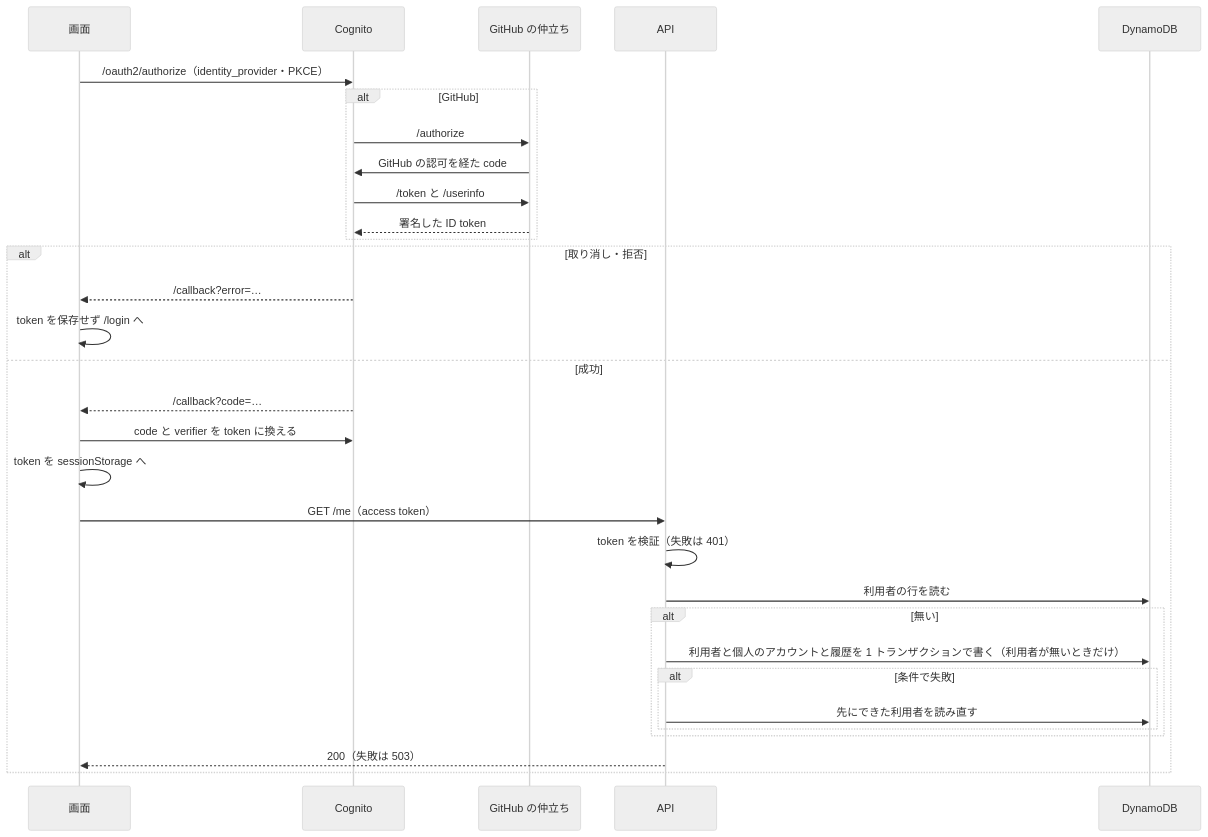
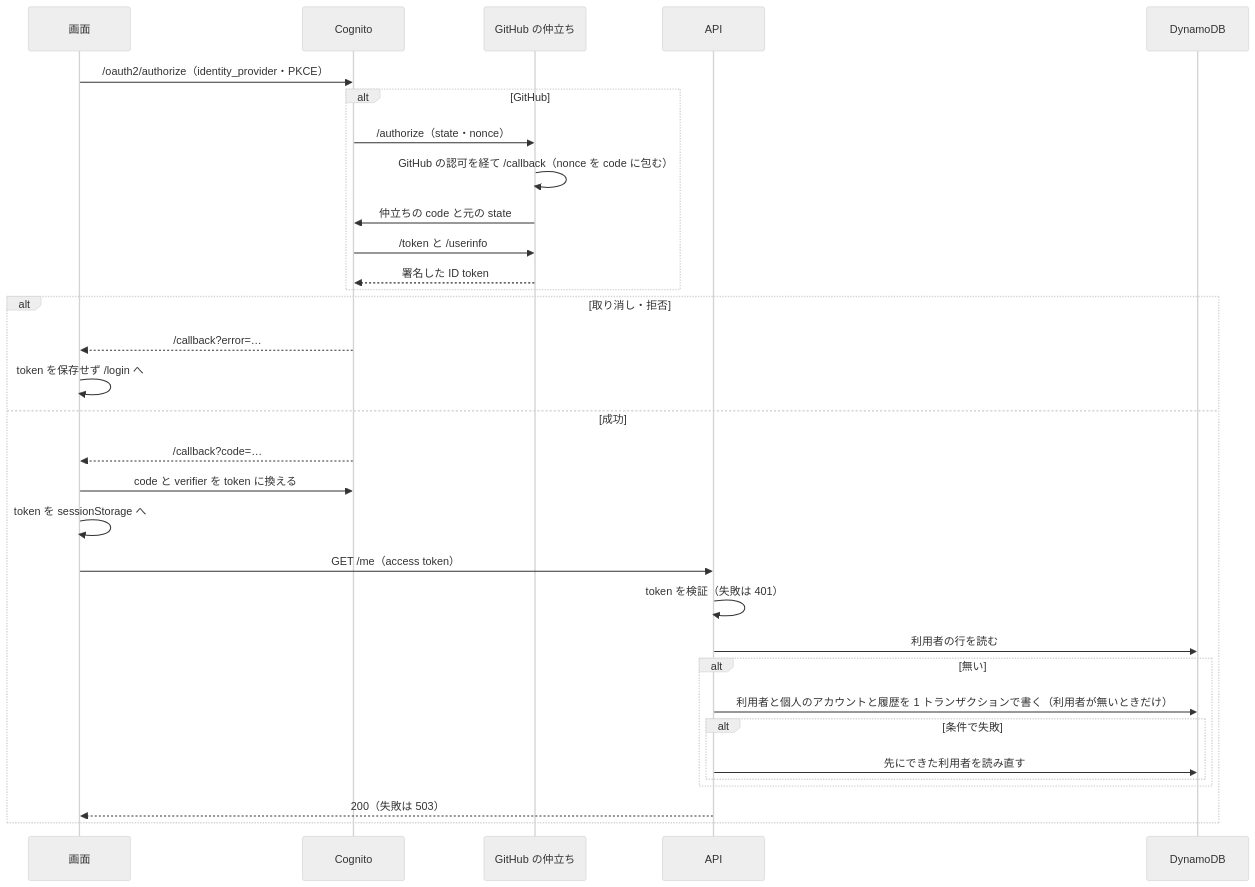
One commit to devbasex/ai-plugins changed the second of 4 diagrams in issues/issue-2170-design-interfaces.md. Above: the diagram before and after it, drawn with Mermaid (neutral theme). The commit also changed other lines of this file and 2 other files, not shown here.

Commit message:
Docs: GitHub の仲立ちで nonce を署名した state と code で運び、プランと形態の更新に版の条件を足す（#2170）

````diff
--- a/issues/issue-2170-design-interfaces.md
+++ b/issues/issue-2170-design-interfaces.md
@@ -94,33 +97,34 @@
 ```mermaid
 sequenceDiagram
     participant B as 画面
     participant H as Cognito
     participant G as GitHub の仲立ち
     participant A as API
     participant D as DynamoDB
     B->>H: /oauth2/authorize（identity_provider・PKCE）
     alt GitHub
-        H->>G: /authorize
-        G->>H: GitHub の認可を経た code
+        H->>G: /authorize（state・nonce）
+        G->>G: GitHub の認可を経て /callback（nonce を code に包む）
+        G->>H: 仲立ちの code と元の state
         H->>G: /token と /userinfo
         G-->>H: 署名した ID token
     end
     alt 取り消し・拒否
         H-->>B: /callback?error=…
         B->>B: token を保存せず /login へ
     else 成功
         H-->>B: /callback?code=…
         B->>H: code と verifier を token に換える
         B->>B: token を sessionStorage へ
         B->>A: GET /me（access token）
         A->>A: token を検証（失敗は 401）
         A->>D: 利用者の行を読む
         alt 無い
             A->>D: 利用者と個人のアカウントと履歴を 1 トランザクションで書く（利用者が無いときだけ）
             alt 条件で失敗
                 A->>D: 先にできた利用者を読み直す
             end
         end
         A-->>B: 200（失敗は 503）
     end
 ```
````
